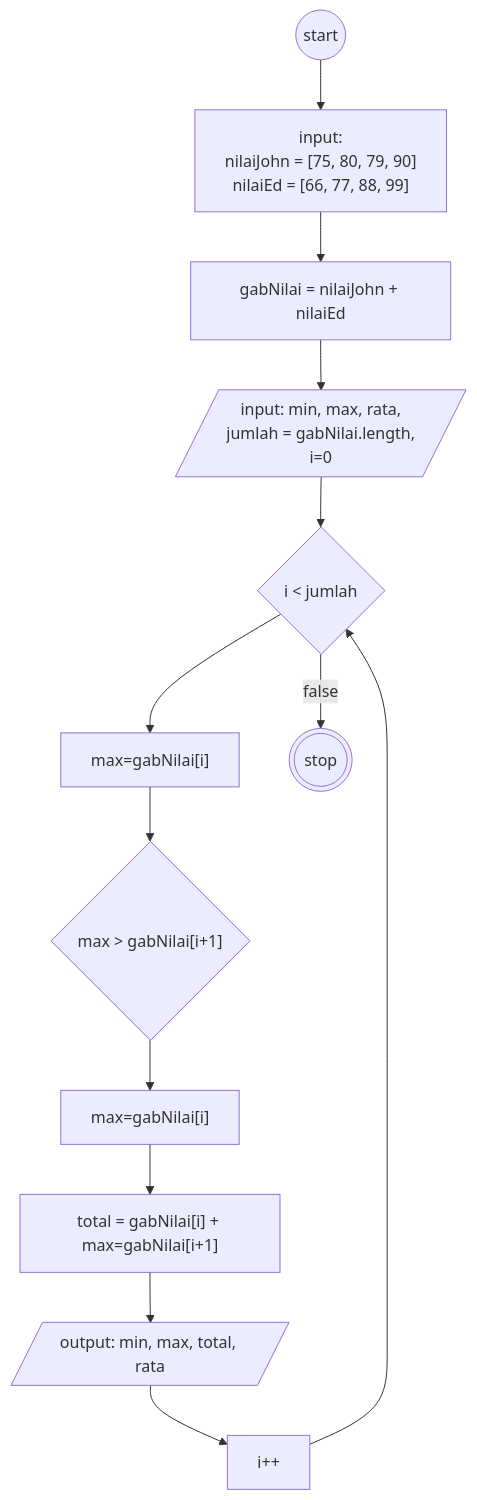
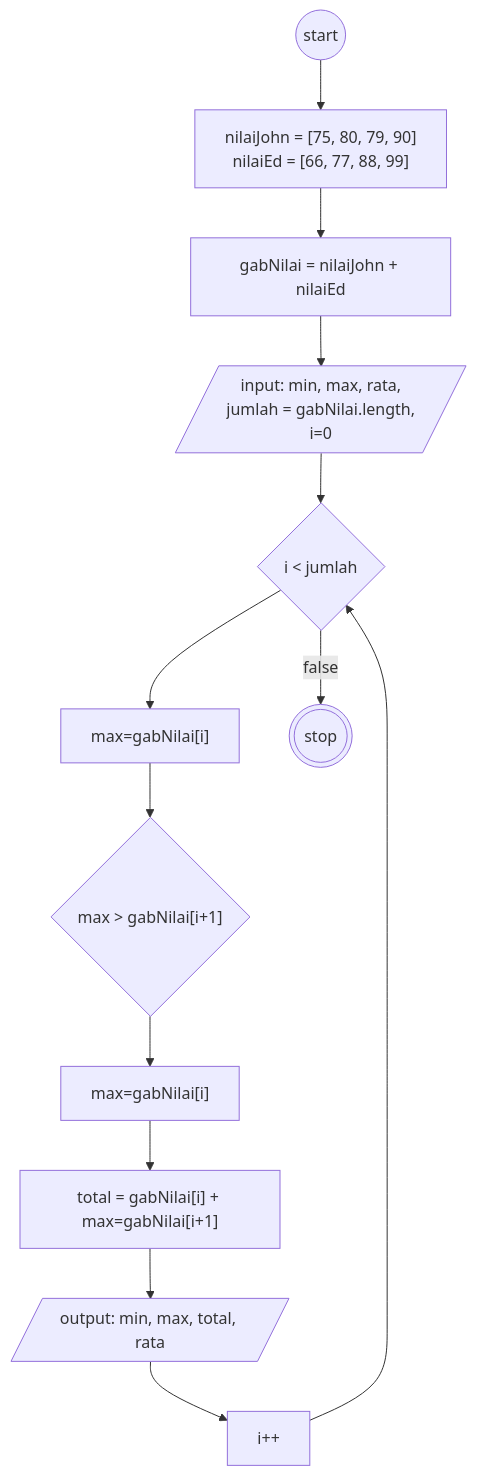
Before and after one commit to mslthn/koda-b6-javascript2: the diagram in flowchart.md, drawn with Mermaid.

````diff
--- a/flowchart.md
+++ b/flowchart.md
@@ -1,26 +1,25 @@
 ```mermaid
 flowchart TD
 start@{shape: circ}
-array@{label: "input: 
-nilaiJohn = [75, 80, 79, 90]
+array@{label: "nilaiJohn = [75, 80, 79, 90]
 nilaiEd = [66, 77, 88, 99]"}
 gabung@{label: "gabNilai = nilaiJohn + nilaiEd"}
 init@{shape: lean-r, label: "input: min, max, rata,
 jumlah = gabNilai.length,
 i=0"}
 
 fori@{shape: diamond, label: "i < jumlah"}
 i++
 max@{label: "max=gabNilai[i]"}
 ifmax@{shape: diamond, label: "max > gabNilai[i+1]"}
 truemax@{label: "max=gabNilai[i]"}
 total@{label: "total = gabNilai[i] + max=gabNilai[i+1]"}
 
 output@{shape: lean-r, label: "output: min, max, total, rata"}
 stop@{shape: dbl-circ}
 
 start-->array-->gabung-->init-->fori
 fori-->max-->ifmax-->truemax-->total-->output-->i++-->fori
 fori-->|false| stop
 
 ```
````
